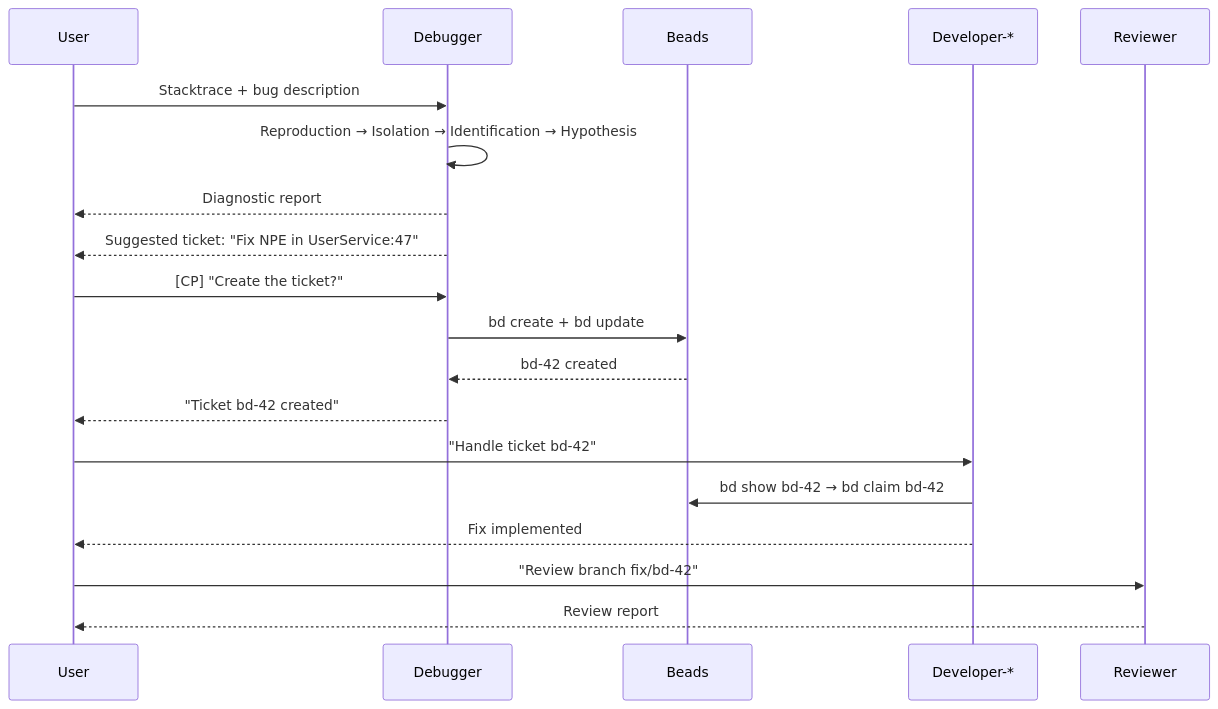
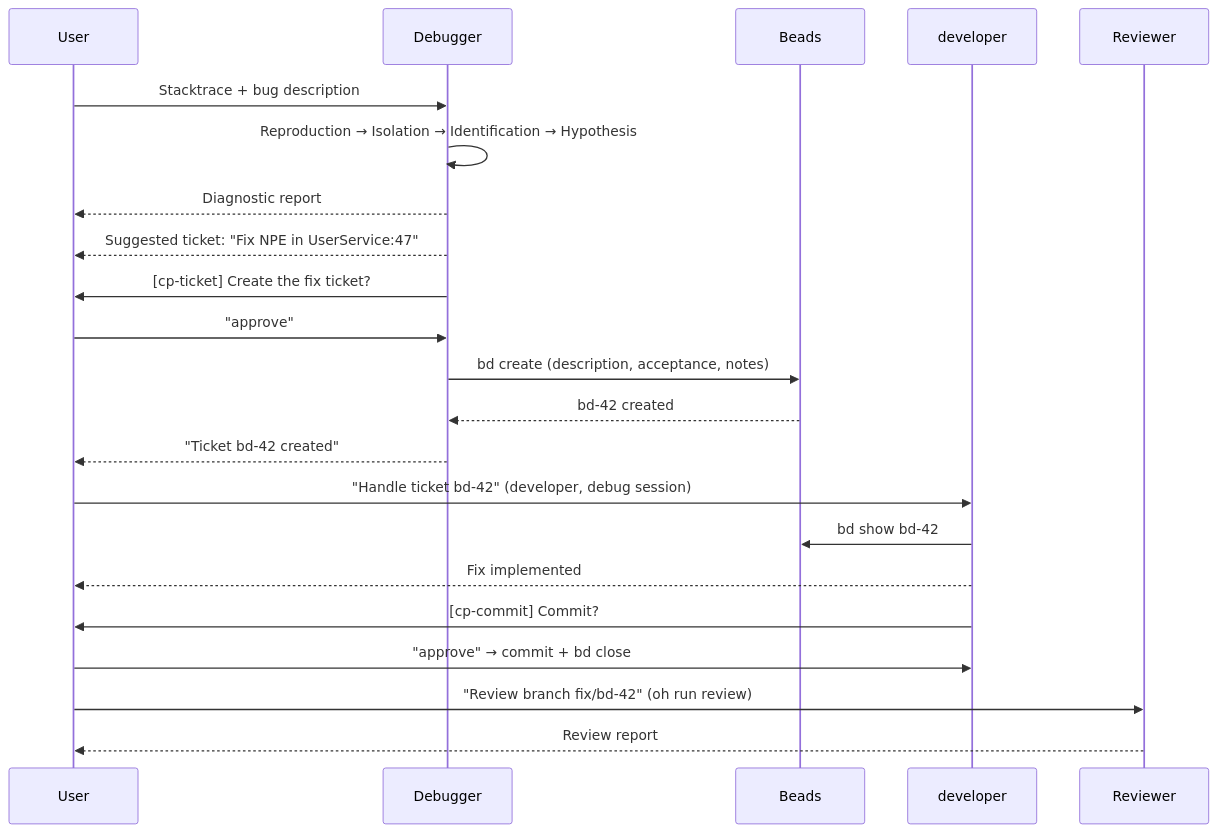
One commit to datichb/openhub changed the fourth of 7 diagrams in docs/guides/workflows.en.md. Above: the diagram before and after it, drawn with Mermaid. The commit also changed other lines of this file and 28 other files, not shown here.

````diff
--- a/docs/guides/workflows.en.md
+++ b/docs/guides/workflows.en.md
@@ -388,23 +385,26 @@
 ```mermaid
 sequenceDiagram
     participant U as User
     participant D as Debugger
     participant B as Beads
-    participant DEV as Developer-*
+    participant DEV as developer
     participant R as Reviewer
 
     U->>D: Stacktrace + bug description
     D->>D: Reproduction → Isolation → Identification → Hypothesis
     D-->>U: Diagnostic report
     D-->>U: Suggested ticket: "Fix NPE in UserService:47"
-    U->>D: [CP] "Create the ticket?"
-    D->>B: bd create + bd update
+    D->>U: [cp-ticket] Create the fix ticket?
+    U->>D: "approve"
+    D->>B: bd create (description, acceptance, notes)
     B-->>D: bd-42 created
     D-->>U: "Ticket bd-42 created"
 
-    U->>DEV: "Handle ticket bd-42"
-    DEV->>B: bd show bd-42 → bd claim bd-42
+    U->>DEV: "Handle ticket bd-42" (developer, debug session)
+    DEV->>B: bd show bd-42
     DEV-->>U: Fix implemented
-    U->>R: "Review branch fix/bd-42"
+    DEV->>U: [cp-commit] Commit?
+    U->>DEV: "approve" → commit + bd close
+    U->>R: "Review branch fix/bd-42" (oh run review)
     R-->>U: Review report
 ```
````
